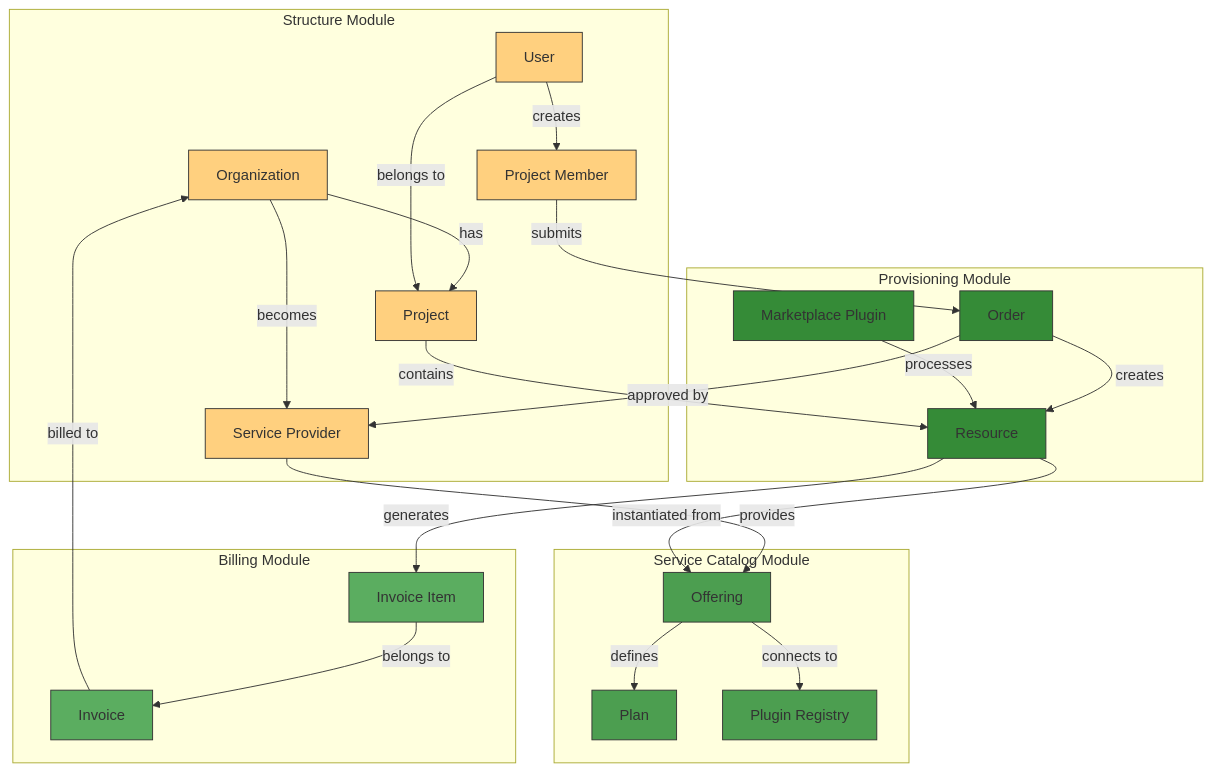
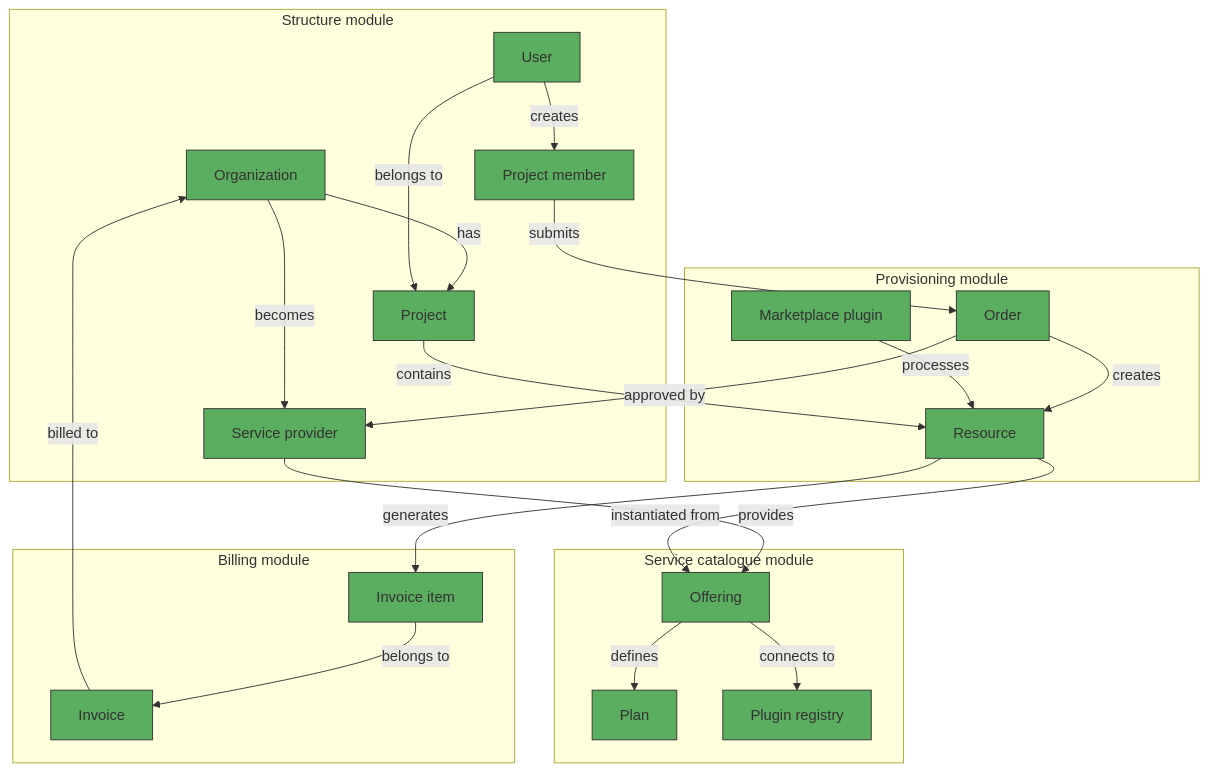
Before and after one commit to waldur/waldur-docs: the diagram in docs/about/marketplace.md, drawn with Mermaid. The commit also changed other lines of this file, not shown here.

````diff
--- a/docs/about/marketplace.md
+++ b/docs/about/marketplace.md
@@ -35,61 +35,61 @@
 ```mermaid
 flowchart TD
-    %% Structure Module
-    subgraph Structure[Structure Module]
+    %% Structure module
+    subgraph Structure[Structure module]
         Org[Organization]
         User[User]
         Proj[Project]
-        ProjMember[Project Member]
-        ServiceProvider[Service Provider]
+        ProjMember[Project member]
+        ServiceProvider[Service provider]
     end
     
-    %% Service Catalog Module
-    subgraph Catalog[Service Catalog Module]
+    %% Service catalogue module
+    subgraph Catalog[Service catalogue module]
         Offering[Offering]
         Plan[Plan]
-        PluginReg[Plugin Registry]
+        PluginReg[Plugin registry]
     end
     
-    %% Provisioning Module
-    subgraph Provisioning[Provisioning Module]
+    %% Provisioning module
+    subgraph Provisioning[Provisioning module]
         Order[Order]
         Resource[Resource]
-        MarketplacePlugin[Marketplace Plugin]
+        MarketplacePlugin[Marketplace plugin]
     end
     
-    %% Billing Module
-    subgraph Billing[Billing Module]
+    %% Billing module
+    subgraph Billing[Billing module]
         Invoice[Invoice]
-        InvoiceItem[Invoice Item]
+        InvoiceItem[Invoice item]
     end
     
     %% Key Relationships
     Org -- has --> Proj
     Org -- becomes --> ServiceProvider
     User -- belongs to --> Proj
     User -- creates --> ProjMember
     ServiceProvider -- provides --> Offering
     Offering -- connects to --> PluginReg
     Offering -- defines --> Plan
     
     ProjMember -- submits --> Order
     Order -- approved by --> ServiceProvider
     Order -- creates --> Resource
     MarketplacePlugin -- processes --> Resource
     
     Resource -- generates --> InvoiceItem
     InvoiceItem -- belongs to --> Invoice
     Invoice -- billed to --> Org
     Resource -- instantiated from --> Offering
     Proj -- contains --> Resource
     
-    classDef structureModule fill:#FFD07F,stroke:#333,stroke-width:1px
-    classDef catalogModule fill:#4C9E50,stroke:#333,stroke-width:1px
-    classDef provisioningModule fill:#358B37,stroke:#333,stroke-width:1px
+    classDef structureModule fill:#5BAD60,stroke:#333,stroke-width:1px
+    classDef catalogModule fill:#5BAD60,stroke:#333,stroke-width:1px
+    classDef provisioningModule fill:#5BAD60,stroke:#333,stroke-width:1px
     classDef billingModule fill:#5BAD60,stroke:#333,stroke-width:1px
     
     class Org,User,Proj,ProjMember,ServiceProvider structureModule
     class Offering,Plan,PluginReg catalogModule
     class Order,Resource,MarketplacePlugin provisioningModule
     class Invoice,InvoiceItem billingModule
 ```
````
